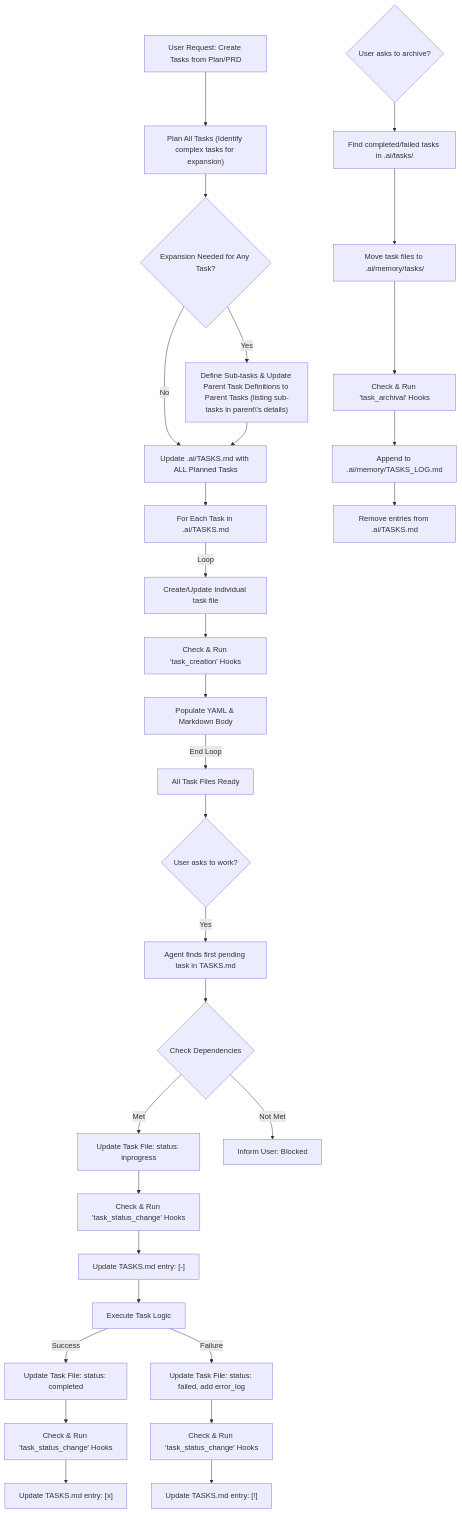
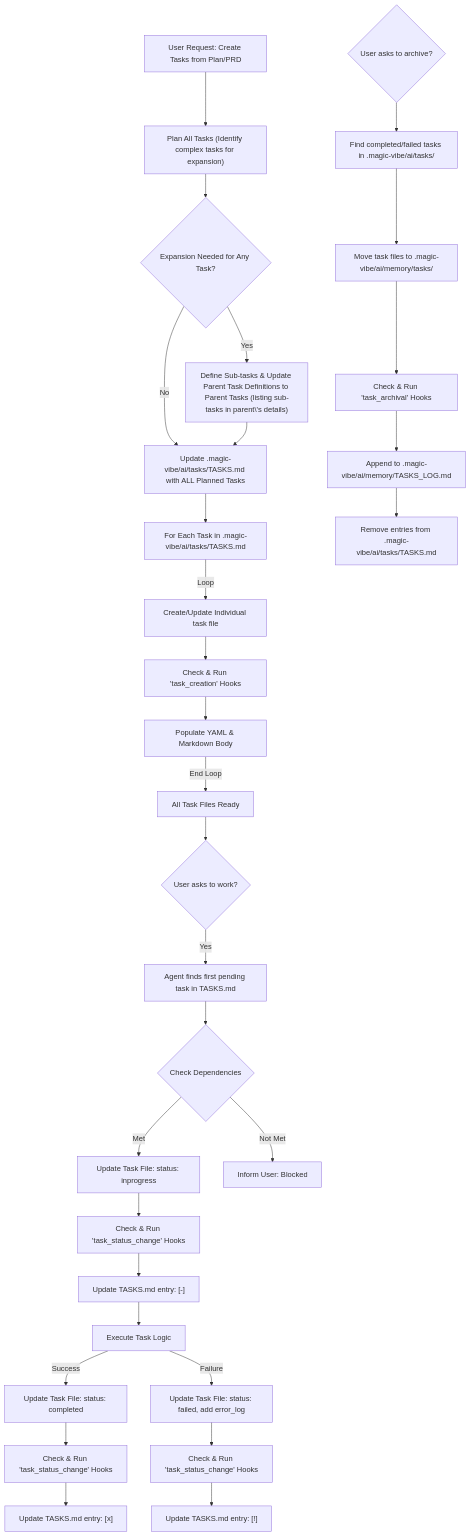
Before and after one commit to teratron/magic-vibe: the diagram in .magic-vibe/rules/workflow.md, drawn with Mermaid. The commit also changed other lines of this file and 17 other files, not shown here.

First line of the commit message:
refactor(core): rename Task Magic to Magic Vibe and update paths

````diff
--- a/.magic-vibe/rules/workflow.md
+++ b/.magic-vibe/rules/workflow.md
@@ -5,32 +5,32 @@
 ```mermaid
 graph TD
   A[User Request: Create Tasks from Plan/PRD] --> B["Plan All Tasks (Identify complex tasks for expansion)"];
   B --> B1{Expansion Needed for Any Task?};
   B1 -- Yes --> B2["Define Sub-tasks & Update Parent Task Definitions to Parent Tasks (listing sub-tasks in parent\'s details)"];
   B1 -- No --> C;
-  B2 --> C["Update .ai/TASKS.md with ALL Planned Tasks"];
-  C --> D["For Each Task in .ai/TASKS.md"];
+  B2 --> C["Update .magic-vibe/ai/tasks/TASKS.md with ALL Planned Tasks"];
+  C --> D["For Each Task in .magic-vibe/ai/tasks/TASKS.md"];
   D -- Loop --> E["Create/Update Individual task file"];
   E --> E_HOOK["Check & Run 'task_creation' Hooks"];
   E_HOOK --> F["Populate YAML & Markdown Body"];
   F -- End Loop --> G[All Task Files Ready];
   G --> H{User asks to work?};
   H -- Yes --> I["Agent finds first pending task in TASKS.md"];
   I --> J{Check Dependencies};
   J -- Met --> K["Update Task File: status: inprogress"];
   K --> K_HOOK["Check & Run 'task_status_change' Hooks"];
   K_HOOK --> L["Update TASKS.md entry: [-]"];
   L --> M[Execute Task Logic];
   M -- Success --> N["Update Task File: status: completed"];
   N --> N_HOOK["Check & Run 'task_status_change' Hooks"];
   N_HOOK --> O["Update TASKS.md entry: [x]"];
   M -- Failure --> P["Update Task File: status: failed, add error_log"];
   P --> P_HOOK["Check & Run 'task_status_change' Hooks"];
   P_HOOK --> Q["Update TASKS.md entry: [!]"];
   J -- Not Met --> R[Inform User: Blocked];
-  S{User asks to archive?} --> T["Find completed/failed tasks in .ai/tasks/"];
-  T --> U["Move task files to .ai/memory/tasks/"];
+  S{User asks to archive?} --> T["Find completed/failed tasks in .magic-vibe/ai/tasks/"];
+  T --> U["Move task files to .magic-vibe/ai/memory/tasks/"];
   U --> U_HOOK["Check & Run 'task_archival' Hooks"];
-  U_HOOK --> V["Append to .ai/memory/TASKS_LOG.md"];
-  V --> W["Remove entries from .ai/TASKS.md"];
+  U_HOOK --> V["Append to .magic-vibe/ai/memory/TASKS_LOG.md"];
+  V --> W["Remove entries from .magic-vibe/ai/tasks/TASKS.md"];
 ```
````
